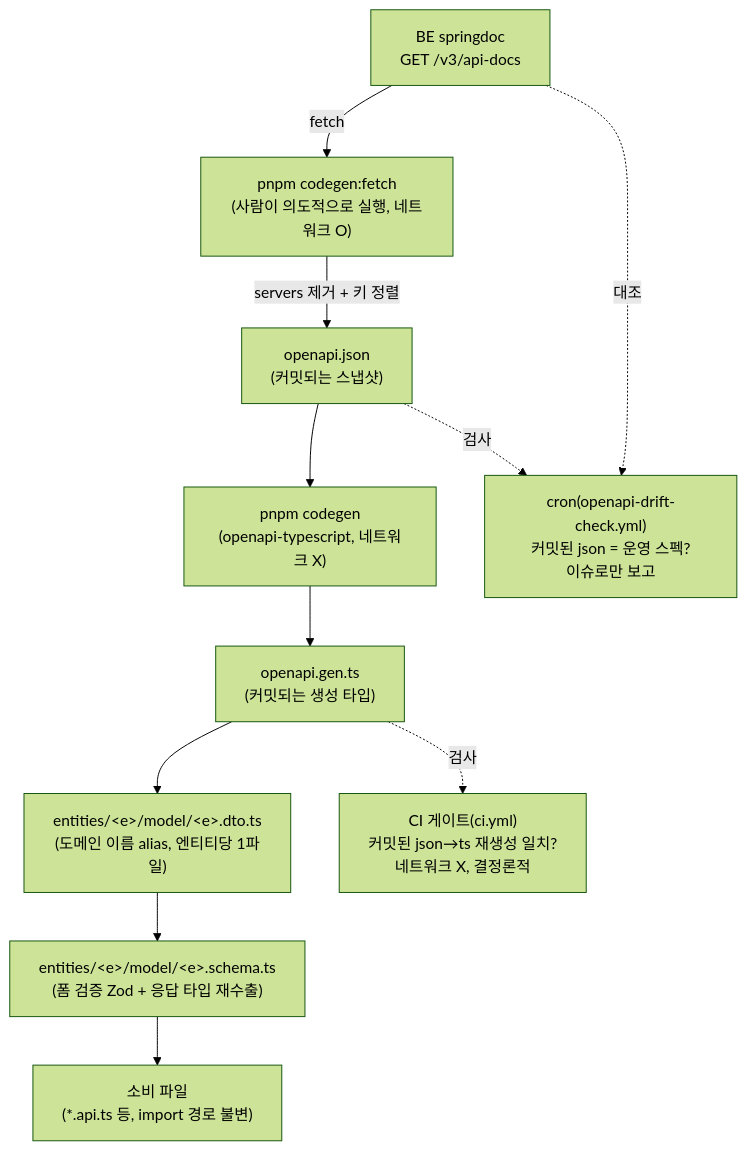
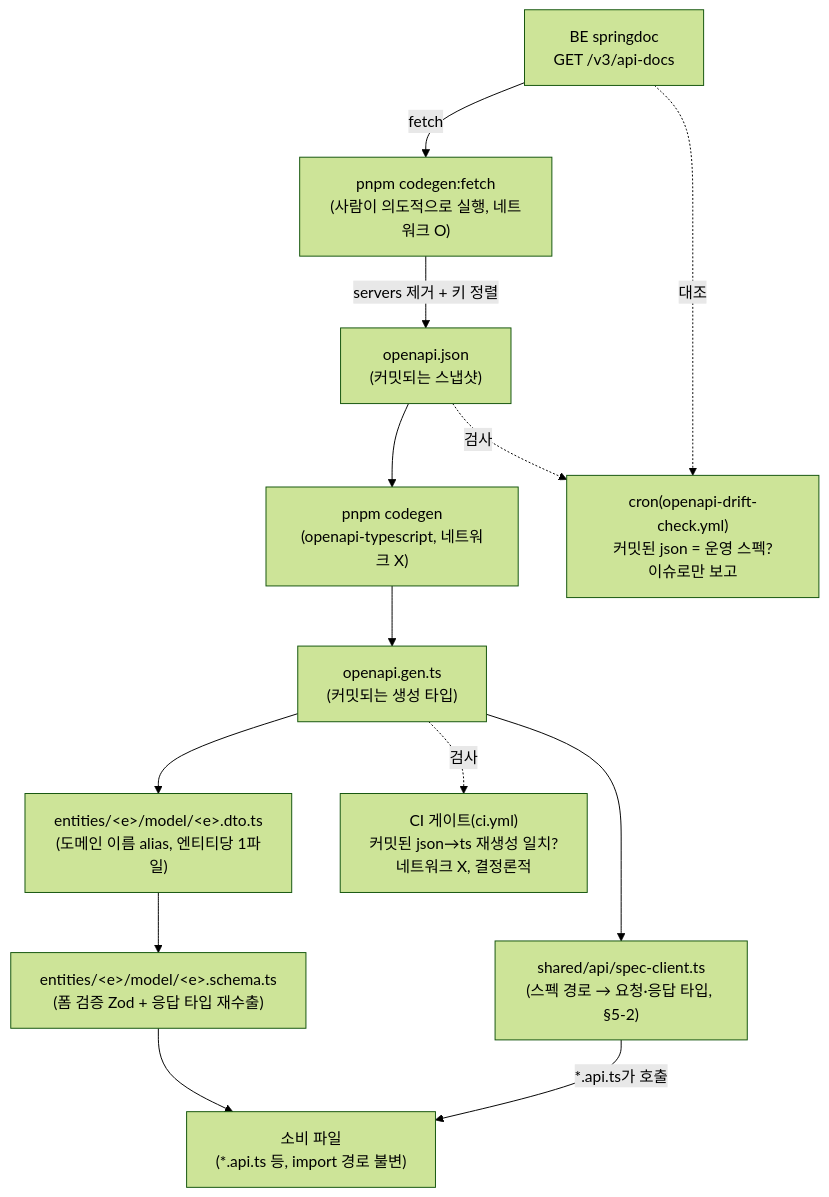
One commit to BAECHAN/link-sphere_FE_NEW changed the diagram in docs/OPENAPI-CODEGEN.md. Above: the diagram before and after it, drawn with Mermaid (forest theme). The commit also changed other lines of this file and 24 other files, not shown here.

First line of the commit message:
refactor(api): 스펙 경로 타입 클라이언트 specClient로 *.api.ts 이관 (#456)

````diff
--- a/docs/OPENAPI-CODEGEN.md
+++ b/docs/OPENAPI-CODEGEN.md
@@ -35,20 +35,22 @@
 ```mermaid
 flowchart TD
     BE["BE springdoc<br/>GET /v3/api-docs"]
     FETCH["pnpm codegen:fetch<br/>(사람이 의도적으로 실행, 네트워크 O)"]
     JSON["openapi.json<br/>(커밋되는 스냅샷)"]
     CODEGEN["pnpm codegen<br/>(openapi-typescript, 네트워크 X)"]
     GEN["openapi.gen.ts<br/>(커밋되는 생성 타입)"]
     DTO["entities/&lt;e&gt;/model/&lt;e&gt;.dto.ts<br/>(도메인 이름 alias, 엔티티당 1파일)"]
     SCHEMA["entities/&lt;e&gt;/model/&lt;e&gt;.schema.ts<br/>(폼 검증 Zod + 응답 타입 재수출)"]
     CONSUMERS["소비 파일<br/>(*.api.ts 등, import 경로 불변)"]
+    SPEC["shared/api/spec-client.ts<br/>(스펙 경로 → 요청·응답 타입, §5-2)"]
 
     BE -->|fetch| FETCH -->|"servers 제거 + 키 정렬"| JSON
     JSON --> CODEGEN --> GEN --> DTO --> SCHEMA --> CONSUMERS
+    GEN --> SPEC -->|"*.api.ts가 호출"| CONSUMERS
 
     L1["CI 게이트(ci.yml)<br/>커밋된 json→ts 재생성 일치?<br/>네트워크 X, 결정론적"]
     L2["cron(openapi-drift-check.yml)<br/>커밋된 json = 운영 스펙?<br/>이슈로만 보고"]
     GEN -.검사.-> L1
     JSON -.검사.-> L2
     BE -.대조.-> L2
 ```
````
